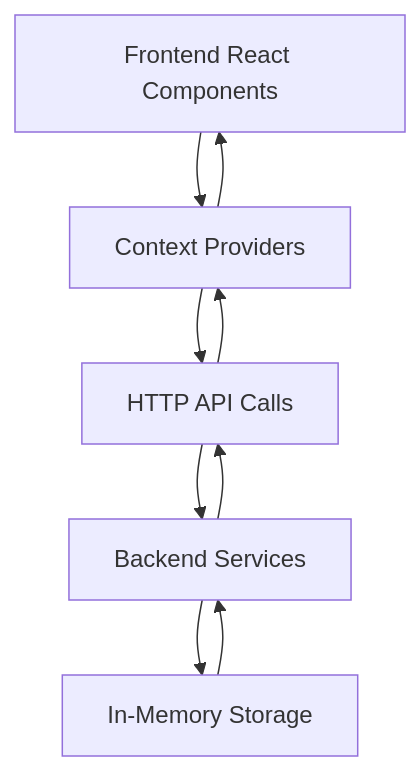
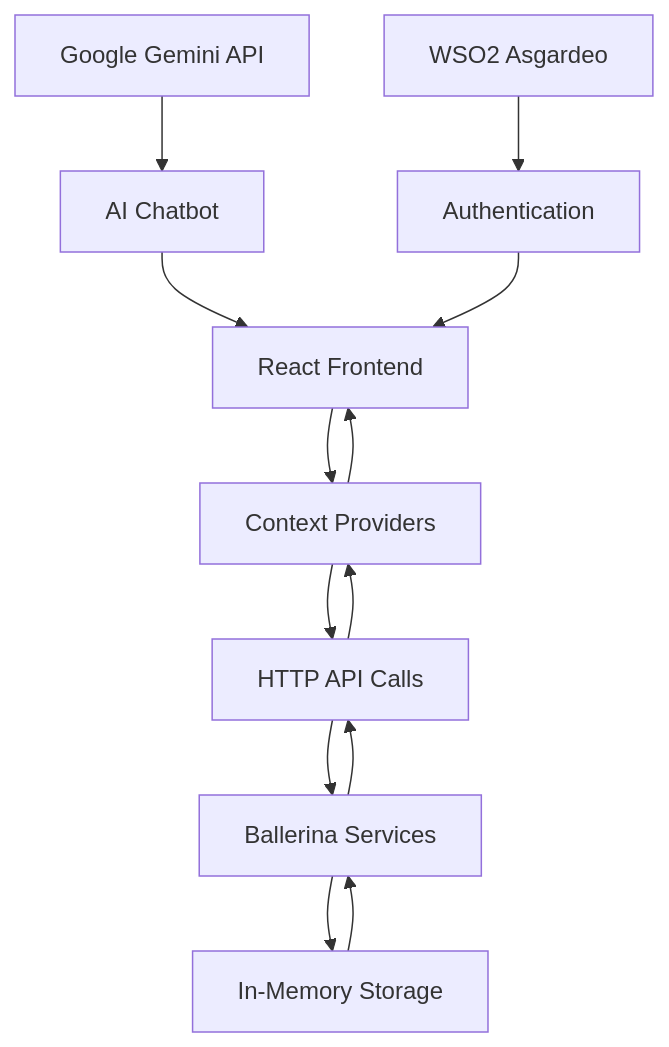
Before and after one commit to dinilH/iwb25-138-binary-bots: the diagram in README.md, drawn with Mermaid. The commit also changed other lines of this file and 2 other files, not shown here.

````diff
--- a/README.md
+++ b/README.md
@@ -125,11 +121,17 @@
 ```mermaid
 graph TB
-    A[Frontend React Components] --> B[Context Providers]
+    A[React Frontend] --> B[Context Providers]
     B --> C[HTTP API Calls]
-    C --> D[Backend Services]
+    C --> D[Ballerina Services]
     D --> E[In-Memory Storage]
     E --> D
     D --> C
     C --> B
     B --> A
+    
+    F[Google Gemini API] --> G[AI Chatbot]
+    G --> A
+    
+    H[WSO2 Asgardeo] --> I[Authentication]
+    I --> A
 ```
````
